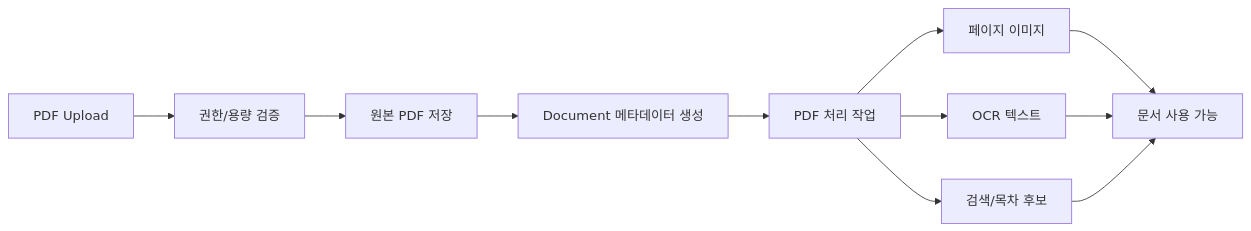
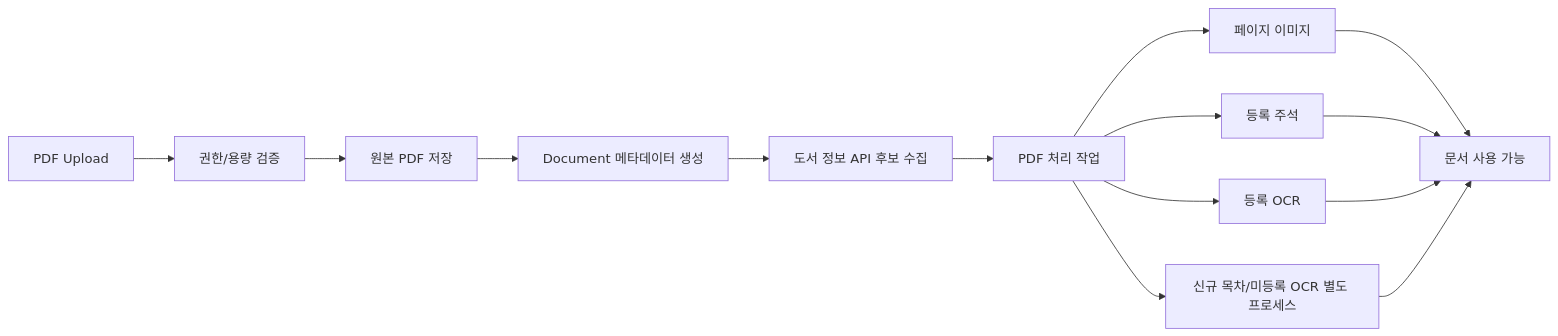
The fourth of 4 diagrams in docs/00_산출물/01_프로젝트산출물/03_아키텍처문서.md (jkoogit/PDFowers), drawn with Mermaid before and after one commit. The commit also changed other lines of this file and 11 other files, not shown here.

````diff
--- a/docs/00_산출물/01_프로젝트산출물/03_아키텍처문서.md
+++ b/docs/00_산출물/01_프로젝트산출물/03_아키텍처문서.md
@@ -125,13 +136,16 @@
 ```mermaid
 flowchart LR
     Upload["PDF Upload"] --> Validate["권한/용량 검증"]
     Validate --> Original["원본 PDF 저장"]
     Original --> Metadata["Document 메타데이터 생성"]
-    Metadata --> Process["PDF 처리 작업"]
+    Metadata --> BookMeta["도서 정보 API 후보 수집"]
+    BookMeta --> Process["PDF 처리 작업"]
     Process --> PageImage["페이지 이미지"]
-    Process --> OCR["OCR 텍스트"]
-    Process --> Index["검색/목차 후보"]
+    Process --> Annotation["등록 주석"]
+    Process --> OCR["등록 OCR"]
+    Process --> Deferred["신규 목차/미등록 OCR 별도 프로세스"]
     PageImage --> Ready["문서 사용 가능"]
+    Annotation --> Ready
     OCR --> Ready
-    Index --> Ready
+    Deferred --> Ready
 ```
````
